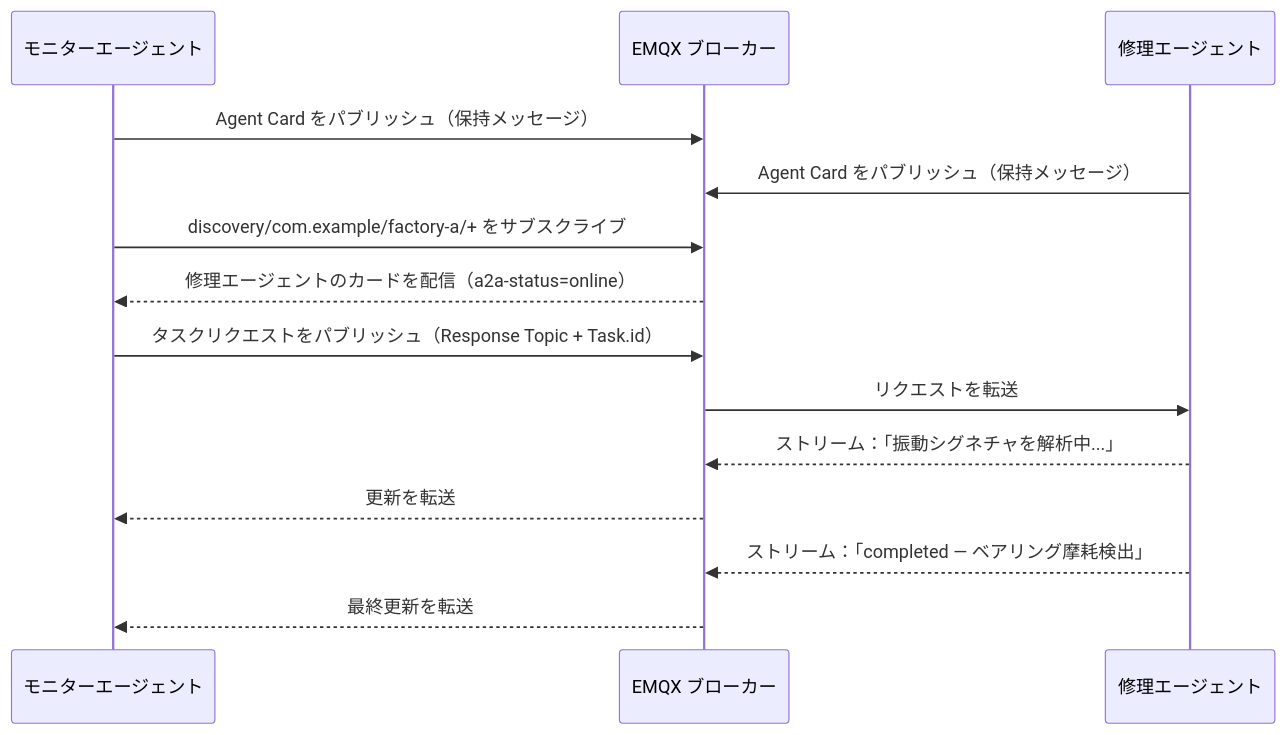
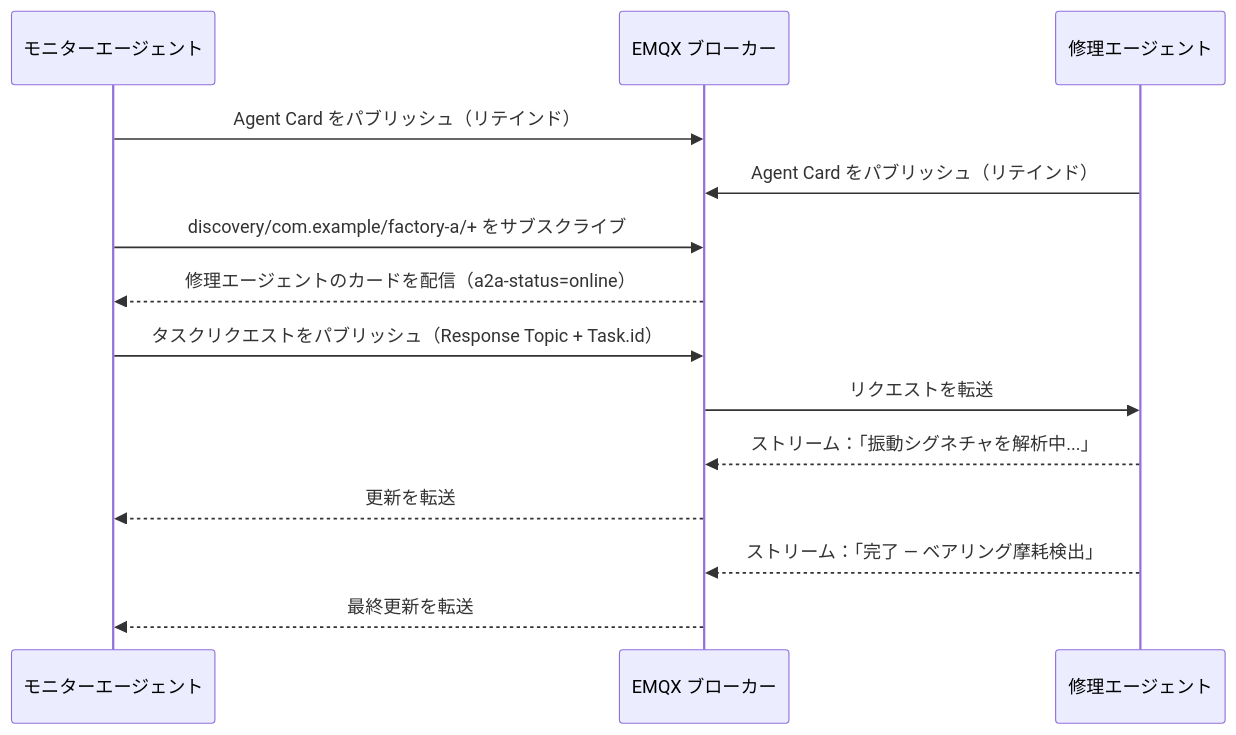
Before and after one commit to emqx/emqx-docs: the second of 2 diagrams in ja_JP/develop/emqx-ai/a2a-over-mqtt/architecture.md, drawn with Mermaid. The commit also changed other lines of this file and 420 other files, not shown here.

````diff
--- a/ja_JP/develop/emqx-ai/a2a-over-mqtt/architecture.md
+++ b/ja_JP/develop/emqx-ai/a2a-over-mqtt/architecture.md
@@ -153,17 +153,17 @@
 ```mermaid
 sequenceDiagram
     participant M as モニターエージェント
     participant E as EMQX ブローカー
     participant R as 修理エージェント
 
-    M->>E: Agent Card をパブリッシュ（保持メッセージ）
-    R->>E: Agent Card をパブリッシュ（保持メッセージ）
+    M->>E: Agent Card をパブリッシュ（リテインド）
+    R->>E: Agent Card をパブリッシュ（リテインド）
     M->>E: discovery/com.example/factory-a/+ をサブスクライブ
     E-->>M: 修理エージェントのカードを配信（a2a-status=online）
     M->>E: タスクリクエストをパブリッシュ（Response Topic + Task.id）
     E->>R: リクエストを転送
     R-->>E: ストリーム：「振動シグネチャを解析中...」
     E-->>M: 更新を転送
-    R-->>E: ストリーム：「completed — ベアリング摩耗検出」
+    R-->>E: ストリーム：「完了 — ベアリング摩耗検出」
     E-->>M: 最終更新を転送
 ```
````
